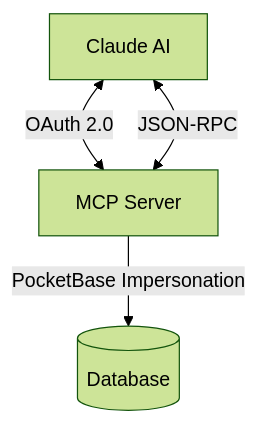
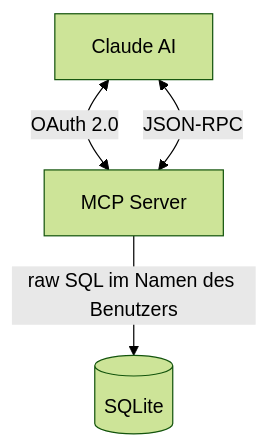
One commit to levino/todo-app changed the diagram in packages/docs/docs/de/claude-integration.md. Above: the diagram before and after it, drawn with Mermaid (forest theme). The commit also changed other lines of this file and 86 other files, not shown here.

````diff
--- a/packages/docs/docs/de/claude-integration.md
+++ b/packages/docs/docs/de/claude-integration.md
@@ -12,10 +12,10 @@
 ```mermaid
 flowchart TB
     Claude[Claude AI]
     MCP[MCP Server]
-    DB[(Database)]
+    DB[(SQLite)]
 
     Claude <-->|OAuth 2.0| MCP
     Claude <-->|JSON-RPC| MCP
-    MCP -->|PocketBase Impersonation| DB
+    MCP -->|raw SQL im Namen des Benutzers| DB
 ```
````
